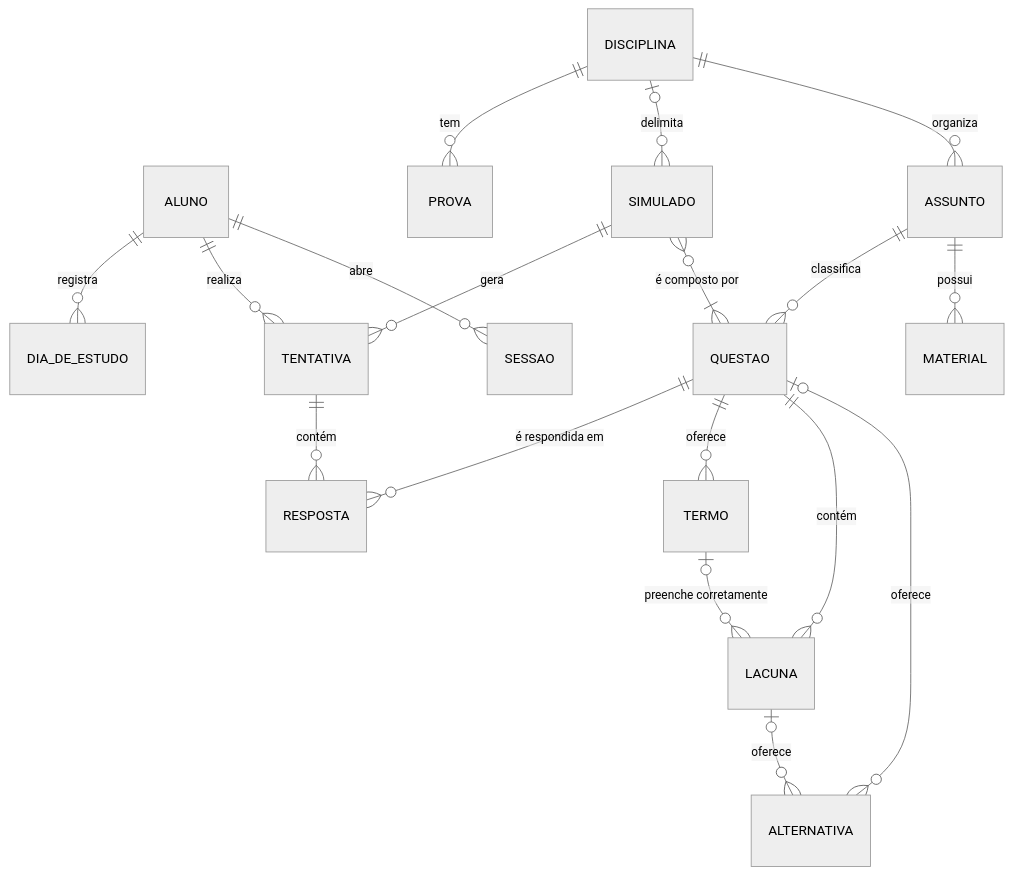
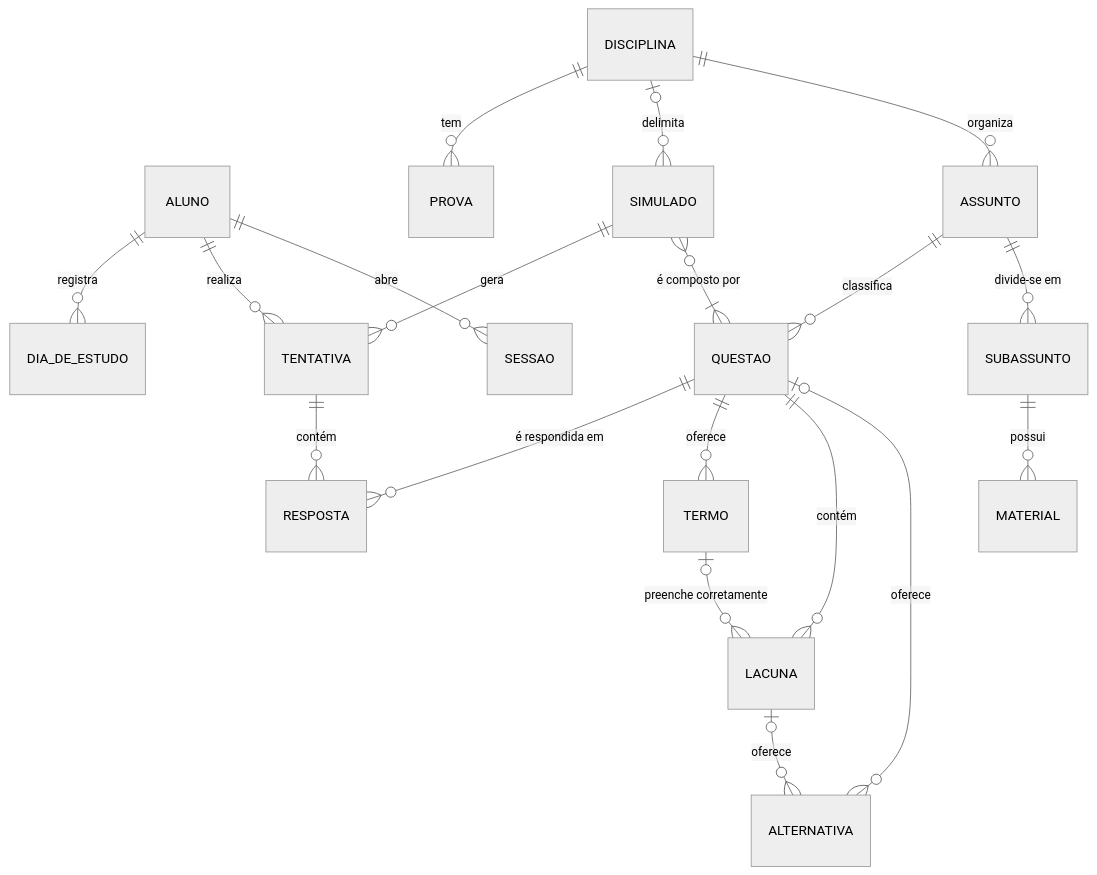
Before and after one commit to igor-fuchs01/student-app: the first of 2 diagrams in docs/06-modelagem-de-dados.md, drawn with Mermaid (neutral theme). The commit also changed other lines of this file, not shown here.

````diff
--- a/docs/06-modelagem-de-dados.md
+++ b/docs/06-modelagem-de-dados.md
@@ -145,24 +148,25 @@
 ```mermaid
 erDiagram
     ALUNO ||--o{ SESSAO : "abre"
     ALUNO ||--o{ TENTATIVA : "realiza"
     ALUNO ||--o{ DIA_DE_ESTUDO : "registra"
 
     DISCIPLINA ||--o{ ASSUNTO : "organiza"
-    ASSUNTO ||--o{ MATERIAL : "possui"
+    ASSUNTO ||--o{ SUBASSUNTO : "divide-se em"
+    SUBASSUNTO ||--o{ MATERIAL : "possui"
     ASSUNTO ||--o{ QUESTAO : "classifica"
 
     QUESTAO |o--o{ ALTERNATIVA : "oferece"
     QUESTAO ||--o{ LACUNA : "contém"
     LACUNA |o--o{ ALTERNATIVA : "oferece"
     QUESTAO ||--o{ TERMO : "oferece"
     TERMO |o--o{ LACUNA : "preenche corretamente"
 
     DISCIPLINA |o--o{ SIMULADO : "delimita"
     SIMULADO }o--|{ QUESTAO : "é composto por"
     SIMULADO ||--o{ TENTATIVA : "gera"
     TENTATIVA ||--o{ RESPOSTA : "contém"
     QUESTAO ||--o{ RESPOSTA : "é respondida em"
 
     DISCIPLINA ||--o{ PROVA : "tem"
 ```
````
